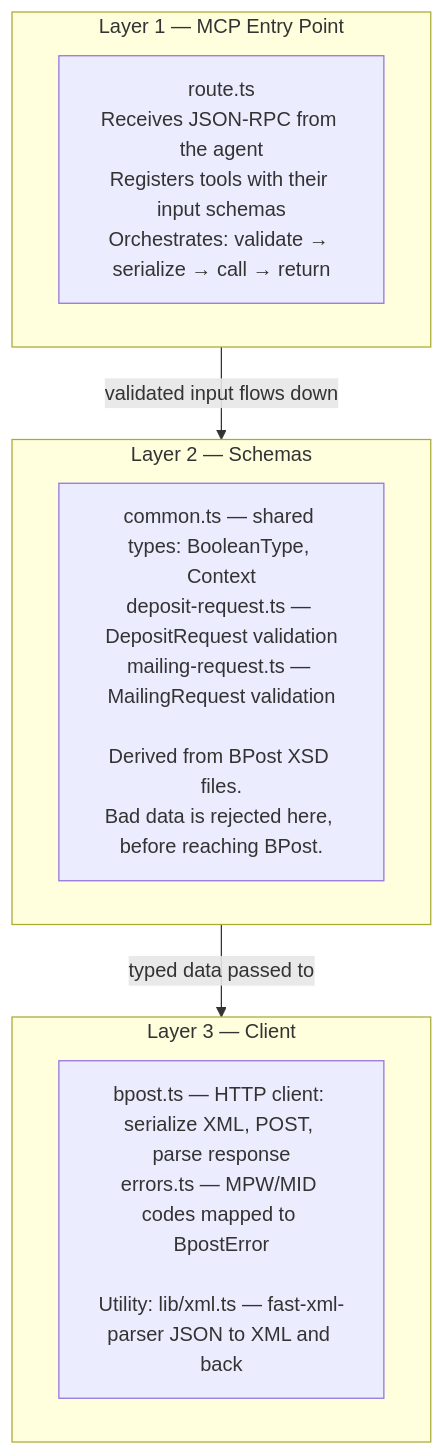
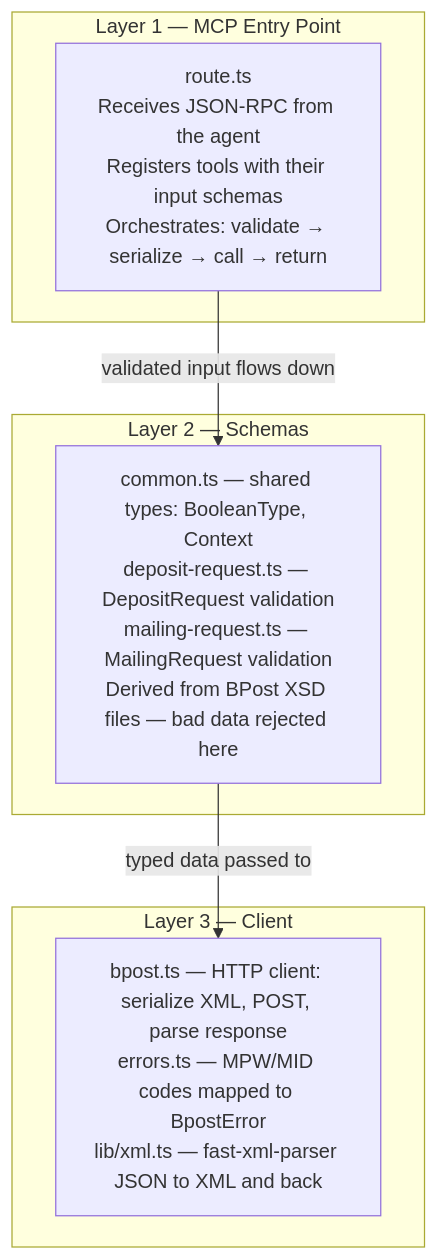
One commit to markminnoye/bpost-mcp changed the second of 5 diagrams in docs/internal/phase1-architecture.md. Above: the diagram before and after it, drawn with Mermaid. The commit also changed 5 other files, not shown here.

````diff
--- a/docs/internal/phase1-architecture.md
+++ b/docs/internal/phase1-architecture.md
@@ -61,17 +61,17 @@
 ```mermaid
 flowchart TD
     subgraph L1["Layer 1 — MCP Entry Point"]
         R["route.ts<br/>Receives JSON-RPC from the agent<br/>Registers tools with their input schemas<br/>Orchestrates: validate → serialize → call → return"]
     end
 
     subgraph L2["Layer 2 — Schemas"]
-        S["common.ts — shared types: BooleanType, Context<br/>deposit-request.ts — DepositRequest validation<br/>mailing-request.ts — MailingRequest validation<br/><br/>Derived from BPost XSD files.<br/>Bad data is rejected here, before reaching BPost."]
+        S["common.ts — shared types: BooleanType, Context<br/>deposit-request.ts — DepositRequest validation<br/>mailing-request.ts — MailingRequest validation<br/>Derived from BPost XSD files — bad data rejected here"]
     end
 
     subgraph L3["Layer 3 — Client"]
-        C["bpost.ts — HTTP client: serialize XML, POST, parse response<br/>errors.ts — MPW/MID codes mapped to BpostError<br/><br/>Utility: lib/xml.ts — fast-xml-parser JSON to XML and back"]
+        C["bpost.ts — HTTP client: serialize XML, POST, parse response<br/>errors.ts — MPW/MID codes mapped to BpostError<br/>lib/xml.ts — fast-xml-parser JSON to XML and back"]
     end
 
-    L1 -- "validated input flows down" --> L2
-    L2 -- "typed data passed to" --> L3
+    R -- "validated input flows down" --> S
+    S -- "typed data passed to" --> C
 ```
````
